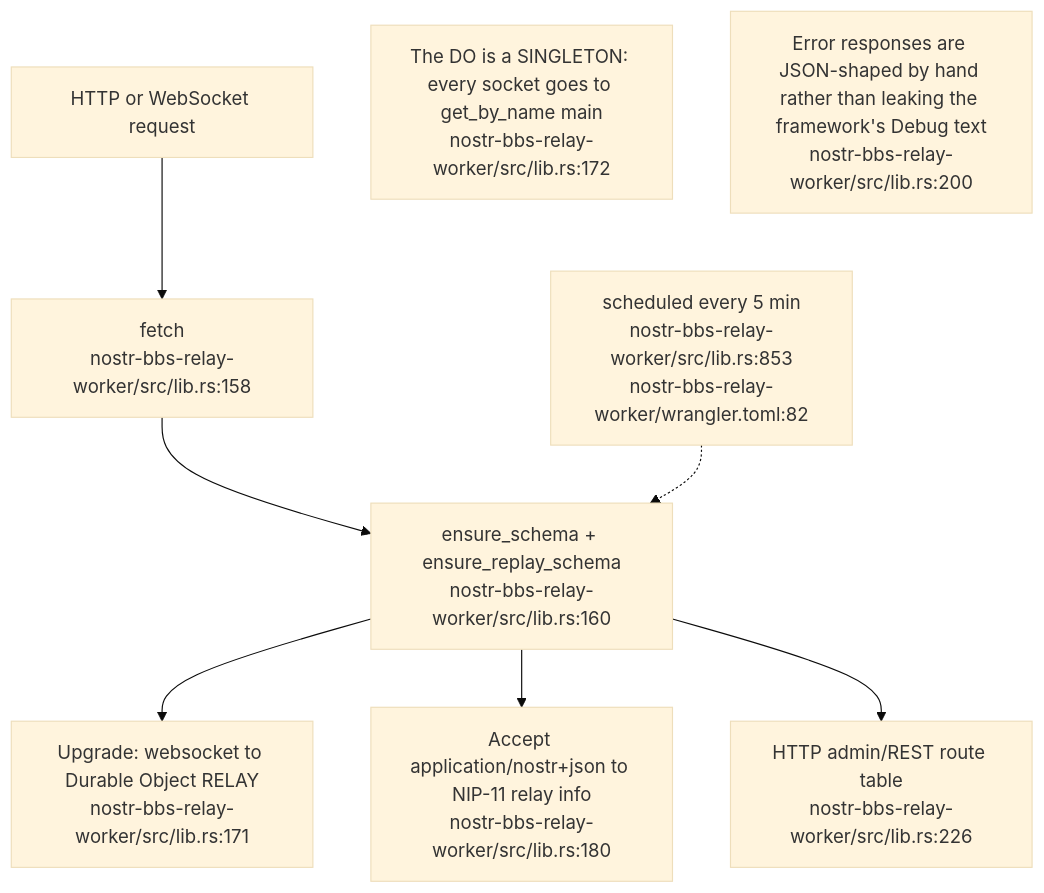
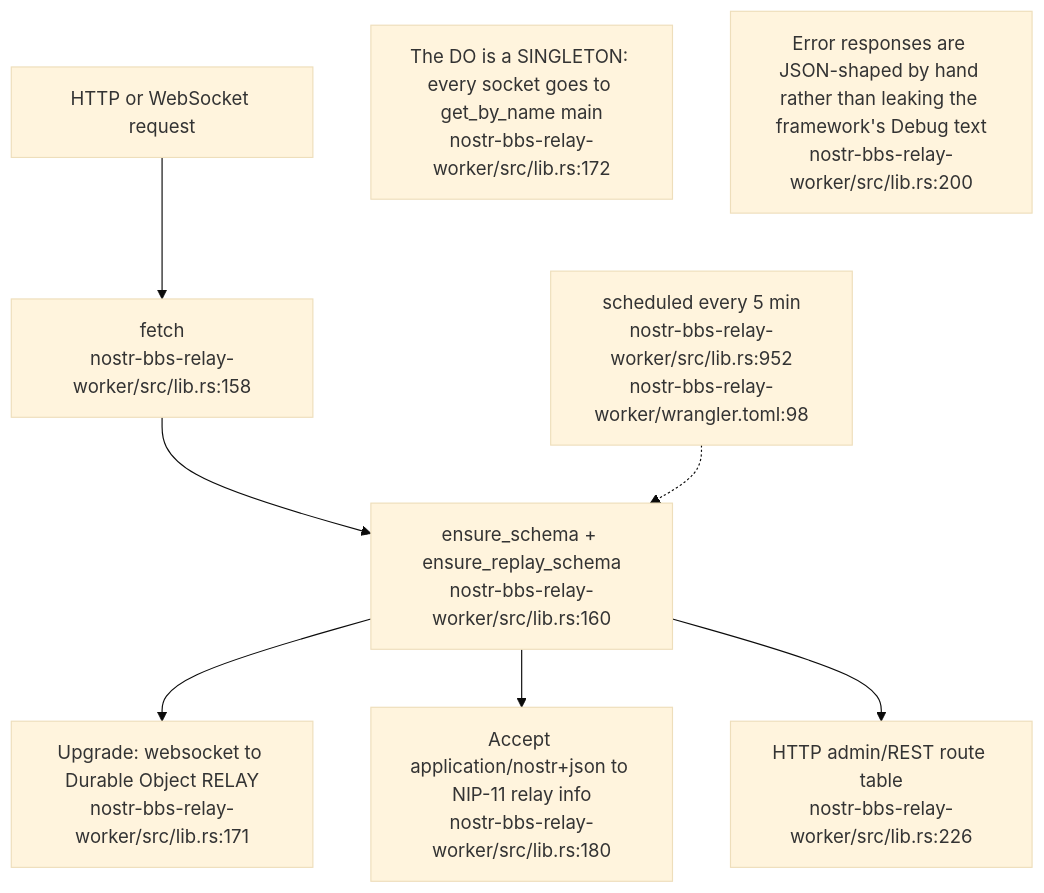
One commit to DreamLab-AI/VisionFlow changed the first of 14 diagrams in docs/diagrams/nostr-rust-forum/03-relay-worker-admission-auth-and-trust.md. Above: the diagram before and after it, drawn with Mermaid (base theme). The commit also changed other lines of this file and 11 other files, not shown here.

````diff
--- a/docs/diagrams/nostr-rust-forum/03-relay-worker-admission-auth-and-trust.md
+++ b/docs/diagrams/nostr-rust-forum/03-relay-worker-admission-auth-and-trust.md
@@ -27,19 +27,19 @@
 ```mermaid
 flowchart TB
     REQ["HTTP or WebSocket request"]
     F["fetch<br/>nostr-bbs-relay-worker/src/lib.rs:158"]
     BOOT["ensure_schema + ensure_replay_schema<br/>nostr-bbs-relay-worker/src/lib.rs:160"]
     WS["Upgrade: websocket to Durable Object RELAY<br/>nostr-bbs-relay-worker/src/lib.rs:171"]
     N11["Accept application/nostr+json to NIP-11 relay info<br/>nostr-bbs-relay-worker/src/lib.rs:180"]
     RT["HTTP admin/REST route table<br/>nostr-bbs-relay-worker/src/lib.rs:226"]
-    CRON["scheduled every 5 min<br/>nostr-bbs-relay-worker/src/lib.rs:853<br/>nostr-bbs-relay-worker/wrangler.toml:82"]
+    CRON["scheduled every 5 min<br/>nostr-bbs-relay-worker/src/lib.rs:952<br/>nostr-bbs-relay-worker/wrangler.toml:98"]
 
     REQ --> F --> BOOT
     BOOT --> WS
     BOOT --> N11
     BOOT --> RT
     CRON -.-> BOOT
 
     N1["The DO is a SINGLETON: every socket goes to get_by_name main<br/>nostr-bbs-relay-worker/src/lib.rs:172"]
     N2["Error responses are JSON-shaped by hand rather than leaking the framework's Debug text<br/>nostr-bbs-relay-worker/src/lib.rs:200"]
 ```
````
